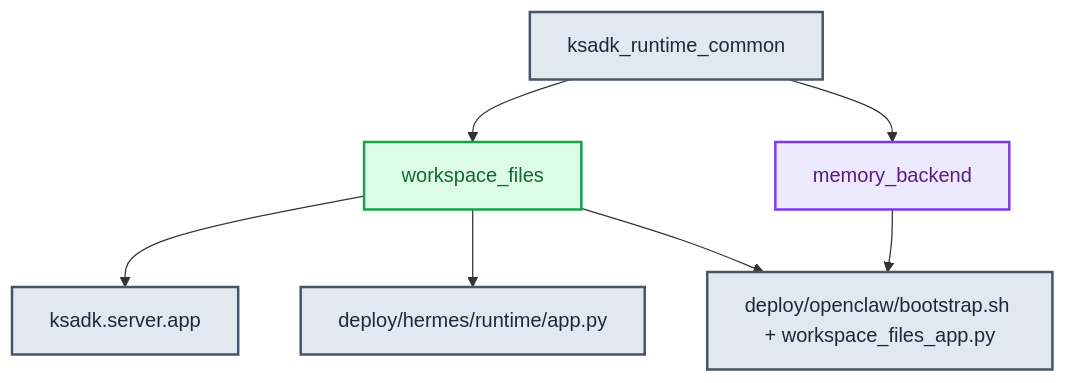
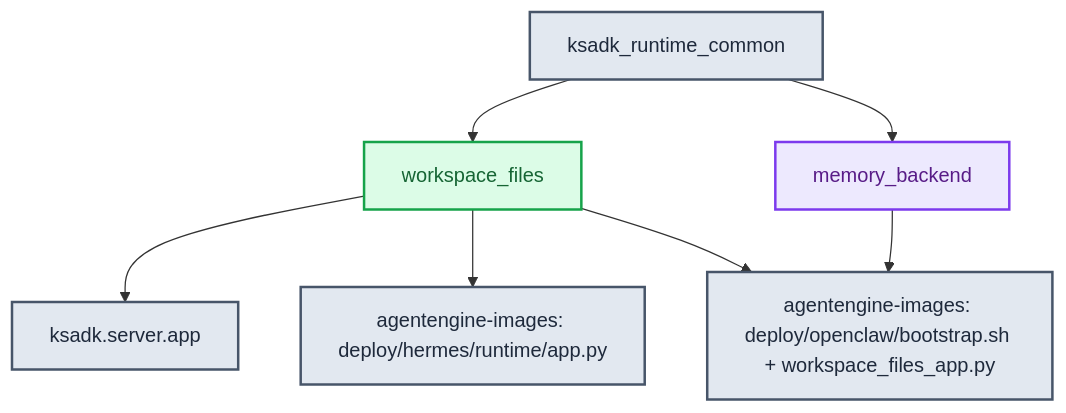
Before and after one commit to kingsoftcloud/ksadk-python: the third of 5 diagrams in docs/reference/ksadk技术设计.md, drawn with Mermaid. The commit also changed other lines of this file and 4 other files, not shown here.

First line of the commit message:
docs: 完整修正 deploy/hermes|openclaw 迁出路径引用（含 mermaid 图）

````diff
--- a/docs/reference/ksadk技术设计.md
+++ b/docs/reference/ksadk技术设计.md
@@ -178,20 +178,20 @@
 ```mermaid
 flowchart TB
   classDef runtime fill:#e2e8f0,stroke:#475569,stroke-width:2px,color:#1e293b;
   classDef data fill:#dcfce7,stroke:#16a34a,stroke-width:2px,color:#166534;
   classDef control fill:#ede9fe,stroke:#7c3aed,stroke-width:2px,color:#581c87;
 
   Common["ksadk_runtime_common"]:::runtime
   WF["workspace_files"]:::data
   MB["memory_backend"]:::control
   Local["ksadk.server.app"]:::runtime
-  Hermes["deploy/hermes/runtime/app.py"]:::runtime
-  OpenClaw["deploy/openclaw/bootstrap.sh + workspace_files_app.py"]:::runtime
+  Hermes["agentengine-images: deploy/hermes/runtime/app.py"]:::runtime
+  OpenClaw["agentengine-images: deploy/openclaw/bootstrap.sh + workspace_files_app.py"]:::runtime
 
   Common --> WF
   Common --> MB
   WF --> Local
   WF --> Hermes
   WF --> OpenClaw
   MB --> OpenClaw
 ```
````
